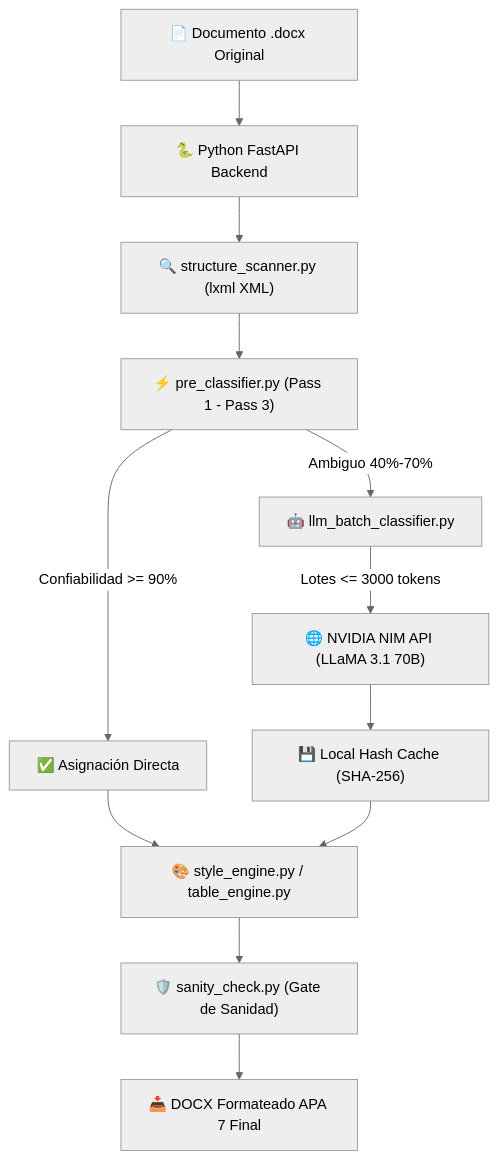
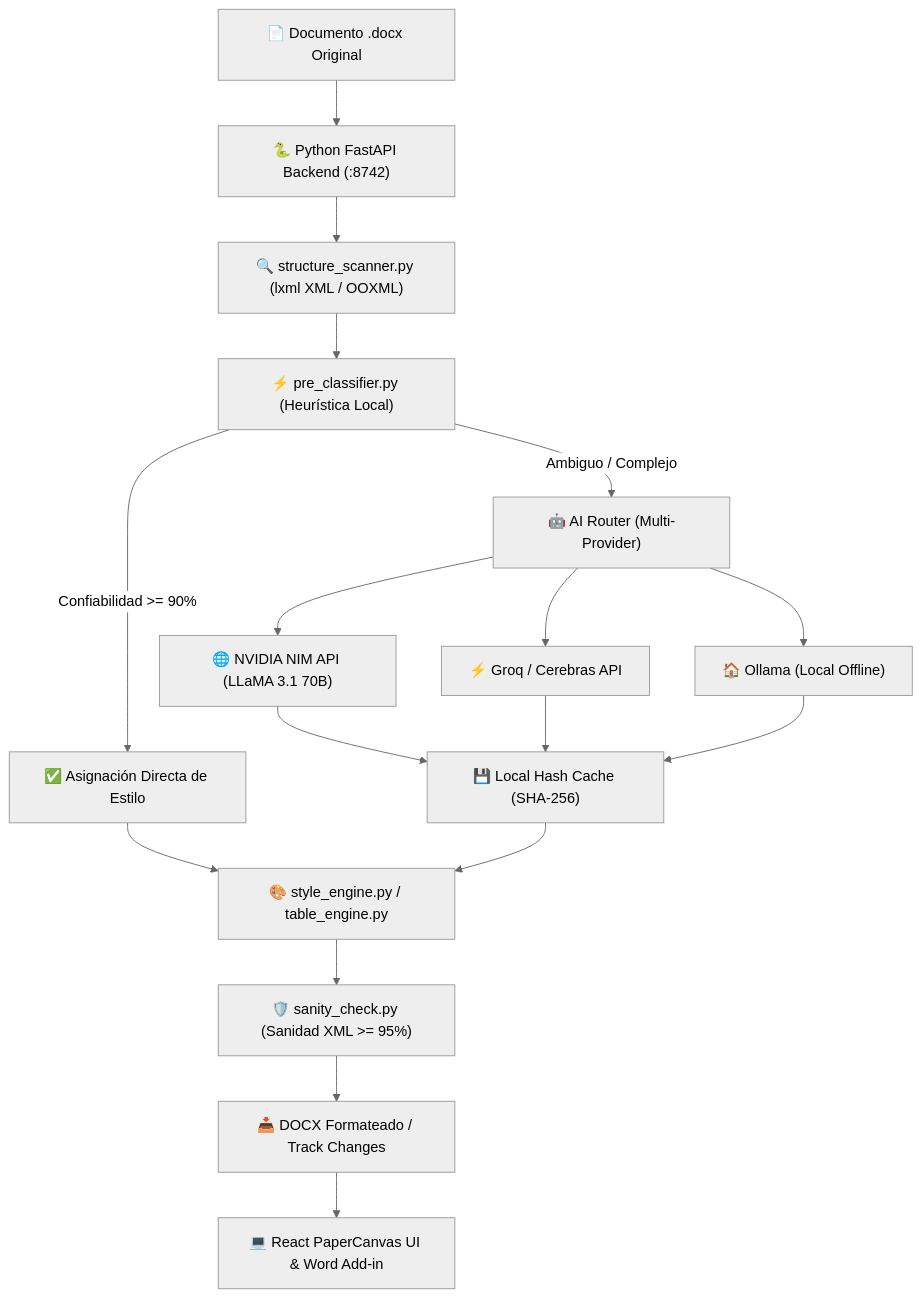
The diagram in README.md (WalterSolorzano/ProyectoAPA7), drawn with Mermaid (neutral theme) before and after one commit. The commit also changed other lines of this file and 36 other files, not shown here.

````diff
--- a/README.md
+++ b/README.md
@@ -142,18 +108,24 @@
 ```mermaid
 graph TD
-    A["📄 Documento .docx Original"] --> B["🐍 Python FastAPI Backend"]
-    B --> C["🔍 structure_scanner.py (lxml XML)"]
-    C --> D["⚡ pre_classifier.py (Pass 1 - Pass 3)"]
+    A["📄 Documento .docx Original"] --> B["🐍 Python FastAPI Backend (:8742)"]
+    B --> C["🔍 structure_scanner.py (lxml XML / OOXML)"]
+    C --> D["⚡ pre_classifier.py (Heurística Local)"]
     
-    D -->|Confiabilidad >= 90%| E["✅ Asignación Directa"]
-    D -->|Ambiguo 40%-70%| F["🤖 llm_batch_classifier.py"]
+    D -->|Confiabilidad >= 90%| E["✅ Asignación Directa de Estilo"]
+    D -->|Ambiguo / Complejo| F["🤖 AI Router (Multi-Provider)"]
     
-    F -->|Lotes <= 3000 tokens| G["🌐 NVIDIA NIM API (LLaMA 3.1 70B)"]
-    G --> H["💾 Local Hash Cache (SHA-256)"]
+    F --> G1["🌐 NVIDIA NIM API (LLaMA 3.1 70B)"]
+    F --> G2["⚡ Groq / Cerebras API"]
+    F --> G3["🏠 Ollama (Local Offline)"]
+    
+    G1 --> H["💾 Local Hash Cache (SHA-256)"]
+    G2 --> H
+    G3 --> H
     
     E --> I["🎨 style_engine.py / table_engine.py"]
     H --> I
     
-    I --> J["🛡️ sanity_check.py (Gate de Sanidad)"]
-    J --> K["📥 DOCX Formateado APA 7 Final"]
+    I --> J["🛡️ sanity_check.py (Sanidad XML >= 95%)"]
+    J --> K["📥 DOCX Formateado / Track Changes"]
+    K --> L["💻 React PaperCanvas UI & Word Add-in"]
 ```
````
